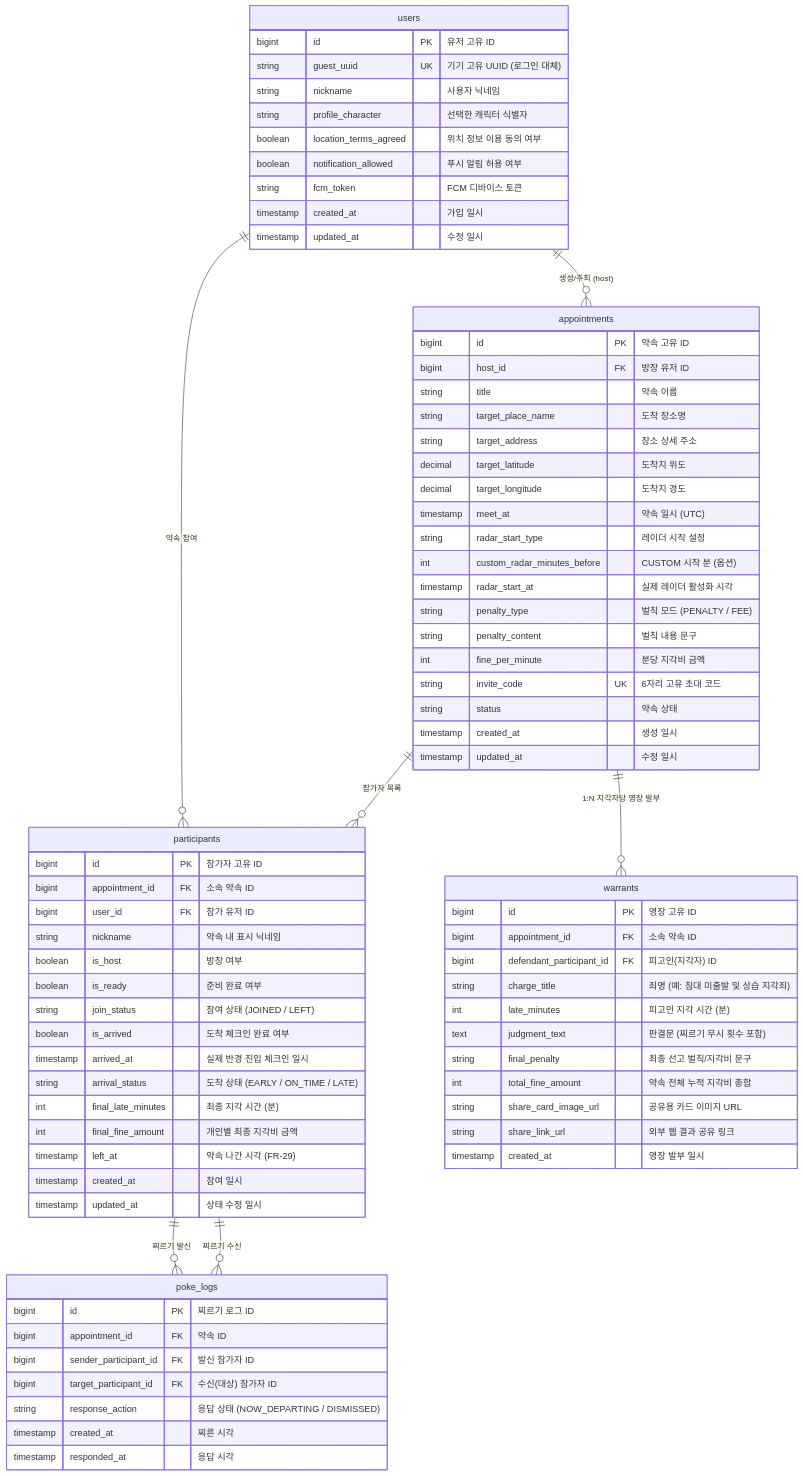
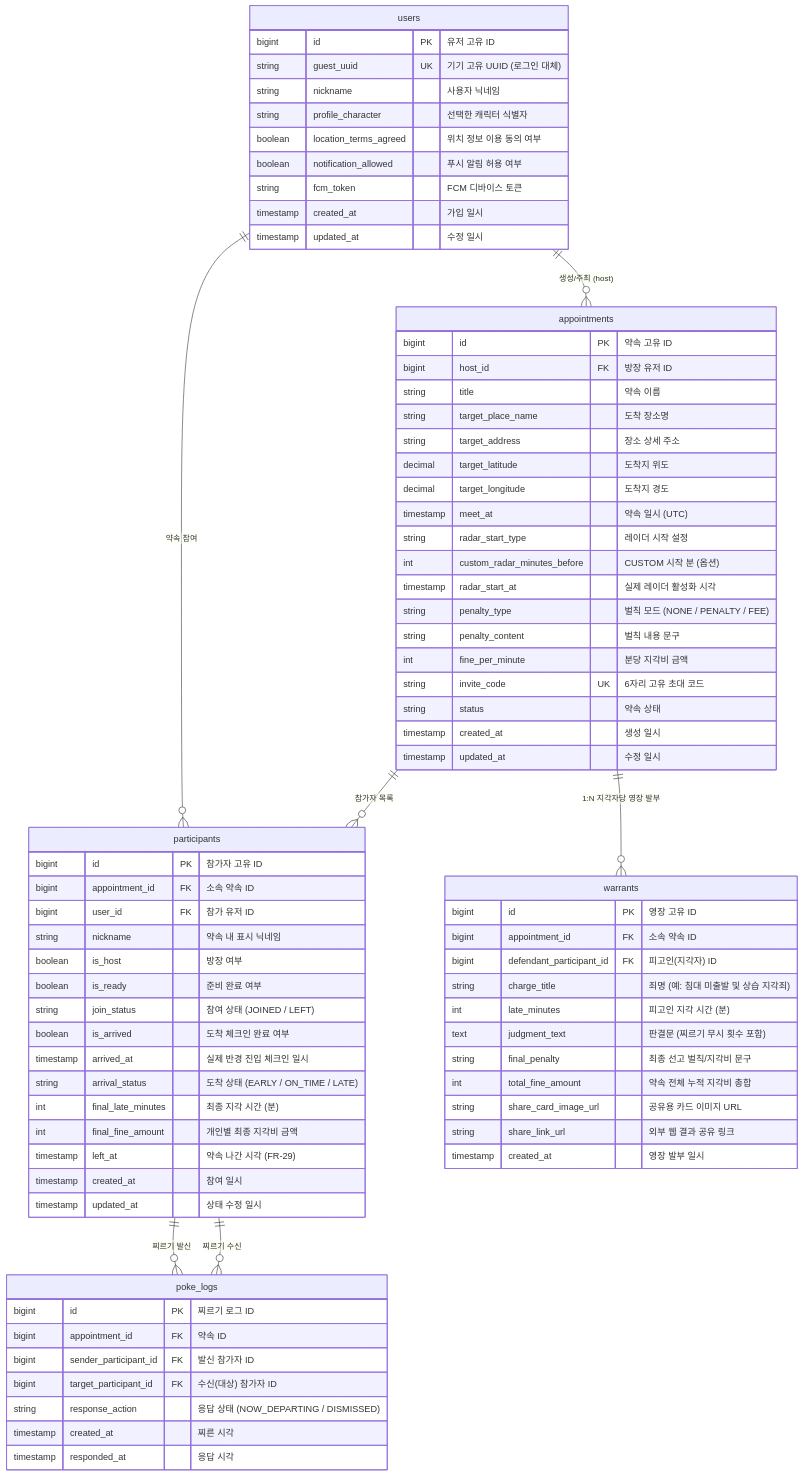
Before and after one commit to gomoboo/ETA_BE: the diagram in docs/DB_SCHEMA.md, drawn with Mermaid. The commit also changed other lines of this file and 11 other files, not shown here.

Commit message:
feat: Add NONE penalty type for appointments and settlement (#55)

```diff
--- a/docs/DB_SCHEMA.md
+++ b/docs/DB_SCHEMA.md
@@ -41,7 +41,7 @@
         string radar_start_type "레이더 시작 설정"
         int custom_radar_minutes_before "CUSTOM 시작 분 (옵션)"
         timestamp radar_start_at "실제 레이더 활성화 시각"
-        string penalty_type "벌칙 모드 (PENALTY / FEE)"
+        string penalty_type "벌칙 모드 (NONE / PENALTY / FEE)"
         string penalty_content "벌칙 내용 문구"
         int fine_per_minute "분당 지각비 금액"
         string invite_code UK "6자리 고유 초대 코드"
```
